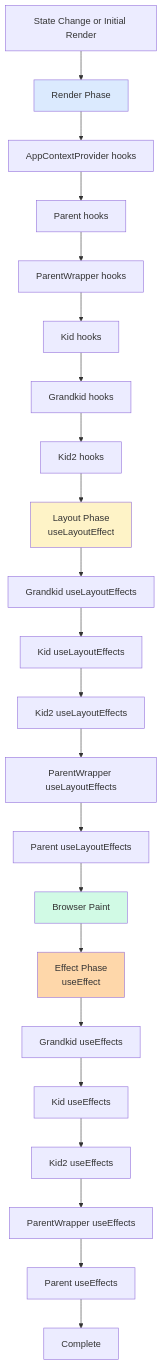
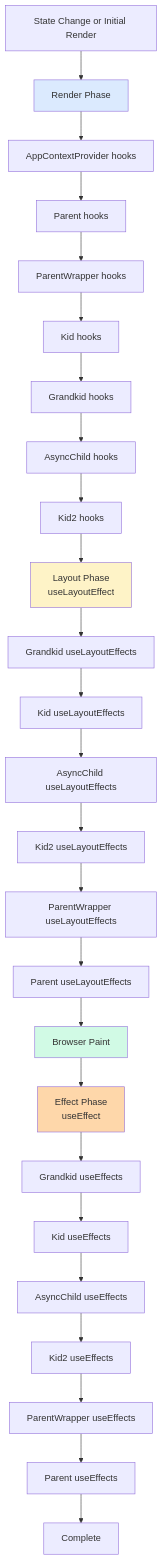
One commit to MaxwellCohen/react-hooks-order changed the sixth of 6 diagrams in README.md. Above: the diagram before and after it, drawn with Mermaid. The commit also changed other lines of this file, not shown here.

First line of the commit message:
docs: update readme with suspense phase and async components

````diff
--- a/README.md
+++ b/README.md
@@ -424,35 +391,38 @@
 ```mermaid
 flowchart TD
     Start[State Change or Initial Render] --> RenderPhase[Render Phase]
     
     RenderPhase --> AC1[AppContextProvider hooks]
     AC1 --> P1[Parent hooks]
     P1 --> PW1[ParentWrapper hooks]
     PW1 --> K1[Kid hooks]
     K1 --> G1[Grandkid hooks]
-    G1 --> K21[Kid2 hooks]
+    G1 --> AC1_Hook[AsyncChild hooks]
+    AC1_Hook --> K21[Kid2 hooks]
     
     K21 --> LayoutPhase[Layout Phase<br/>useLayoutEffect]
     
     LayoutPhase --> G2[Grandkid useLayoutEffects]
     G2 --> K2[Kid useLayoutEffects]
-    K2 --> K22[Kid2 useLayoutEffects]
+    K2 --> AC2[AsyncChild useLayoutEffects]
+    AC2 --> K22[Kid2 useLayoutEffects]
     K22 --> PW2[ParentWrapper useLayoutEffects]
     PW2 --> P2[Parent useLayoutEffects]
     
     P2 --> Paint[Browser Paint]
     Paint --> EffectPhase[Effect Phase<br/>useEffect]
     
     EffectPhase --> G3[Grandkid useEffects]
     G3 --> K3[Kid useEffects]
-    K3 --> K23[Kid2 useEffects]
+    K3 --> AC3[AsyncChild useEffects]
+    AC3 --> K23[Kid2 useEffects]
     K23 --> PW3[ParentWrapper useEffects]
     PW3 --> P3[Parent useEffects]
     
     P3 --> End[Complete]
     
     style RenderPhase fill:#dbeafe
     style LayoutPhase fill:#fef3c7
     style Paint fill:#d1fae5
     style EffectPhase fill:#fed7aa
 ```
````
